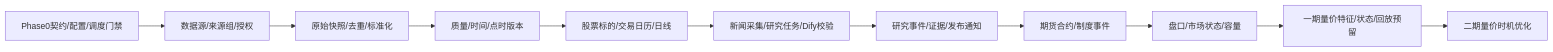
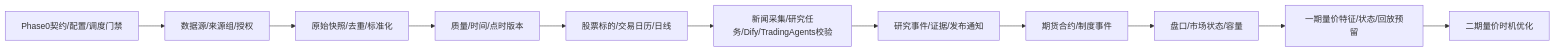
One commit to shaoqf2350/quant changed the fourth of 4 diagrams in doc/详设文档/详设_1_数据与标的基础详细设计方案.md. Above: the diagram before and after it, drawn with Mermaid. The commit also changed other lines of this file and 100 other files, not shown here.

````diff
--- a/doc/详设文档/详设_1_数据与标的基础详细设计方案.md
+++ b/doc/详设文档/详设_1_数据与标的基础详细设计方案.md
@@ -1733,15 +1768,15 @@
 ```mermaid
 flowchart LR
     A[Phase0契约/配置/调度门禁]
     B[数据源/来源组/授权]
     C[原始快照/去重/标准化]
     D[质量/时间/点时版本]
     E[股票标的/交易日历/日线]
-    F[新闻采集/研究任务/Dify校验]
+    F[新闻采集/研究任务/Dify/TradingAgents校验]
     G[研究事件/证据/发布通知]
     H[期货合约/制度事件]
     I[盘口/市场状态/容量]
     J[一期量价特征/状态/回放预留]
     K[二期量价时机优化]
     A-->B-->C-->D-->E-->F-->G-->H-->I-->J-->K
 ```
````
